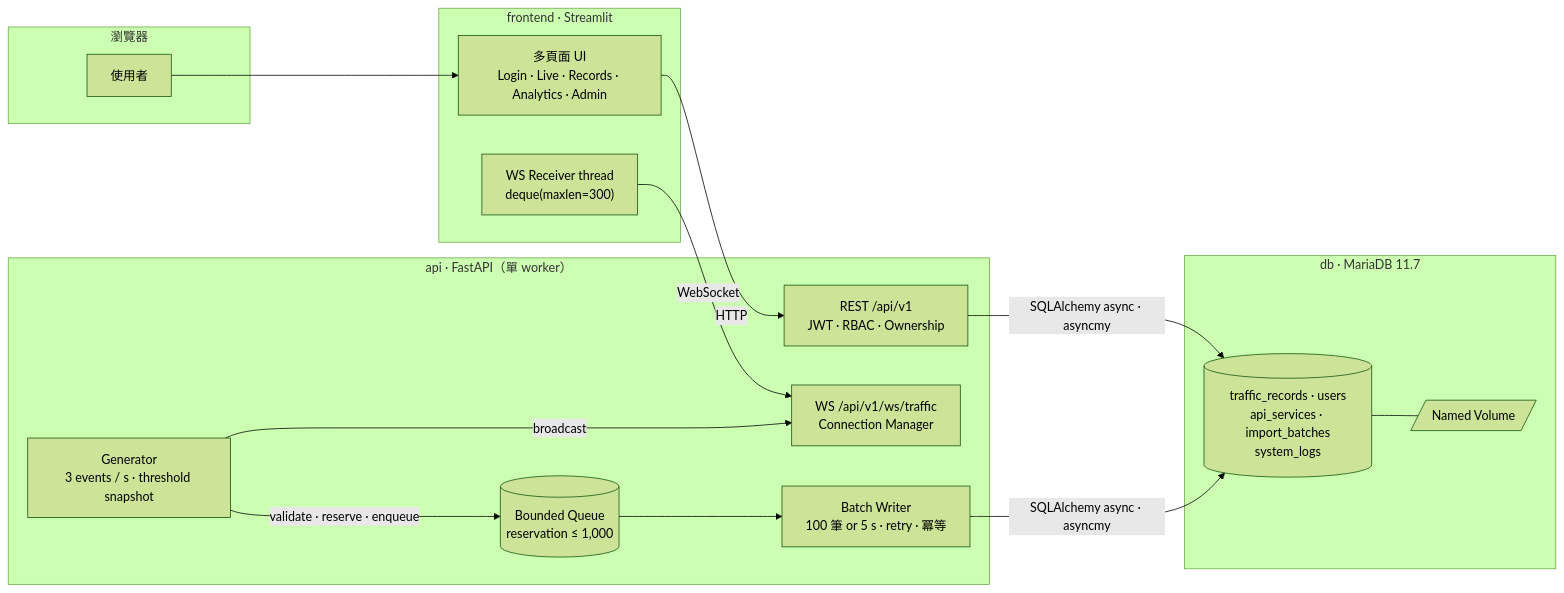
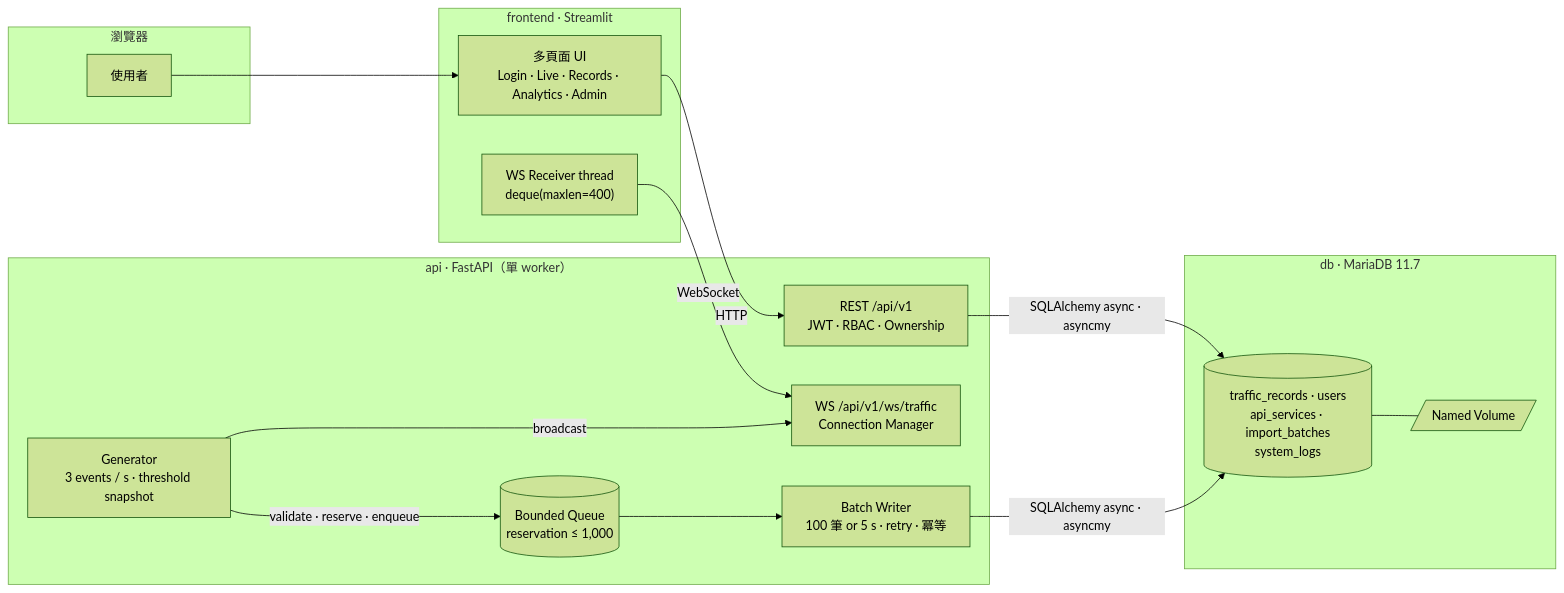
The diagram in README.md (chengyusung/api-traffic-monitoring), drawn with Mermaid (forest theme) before and after one commit. The commit also changed 5 other files, not shown here.

````diff
--- a/README.md
+++ b/README.md
@@ -29,34 +29,34 @@
 ```mermaid
 flowchart LR
   subgraph browser["瀏覽器"]
     U["使用者"]
   end
 
   subgraph frontend["frontend · Streamlit"]
     UI["多頁面 UI<br/>Login · Live · Records · Analytics · Admin"]
-    RX["WS Receiver thread<br/>deque(maxlen=300)"]
+    RX["WS Receiver thread<br/>deque(maxlen=400)"]
   end
 
   subgraph api["api · FastAPI（單 worker）"]
     REST["REST /api/v1<br/>JWT · RBAC · Ownership"]
     WS["WS /api/v1/ws/traffic<br/>Connection Manager"]
     GEN["Generator<br/>3 events / s · threshold snapshot"]
     Q[("Bounded Queue<br/>reservation ≤ 1,000")]
     WR["Batch Writer<br/>100 筆 or 5 s · retry · 冪等"]
   end
 
   subgraph db["db · MariaDB 11.7"]
     DB[("traffic_records · users<br/>api_services · import_batches<br/>system_logs")]
     VOL[/"Named Volume"/]
   end
 
   U --> UI
   UI -- "HTTP" --> REST
   RX -- "WebSocket" --> WS
   GEN -- "validate · reserve · enqueue" --> Q
   GEN -- "broadcast" --> WS
   Q --> WR
   WR -- "SQLAlchemy async · asyncmy" --> DB
   REST -- "SQLAlchemy async · asyncmy" --> DB
   DB --- VOL
 ```
````
